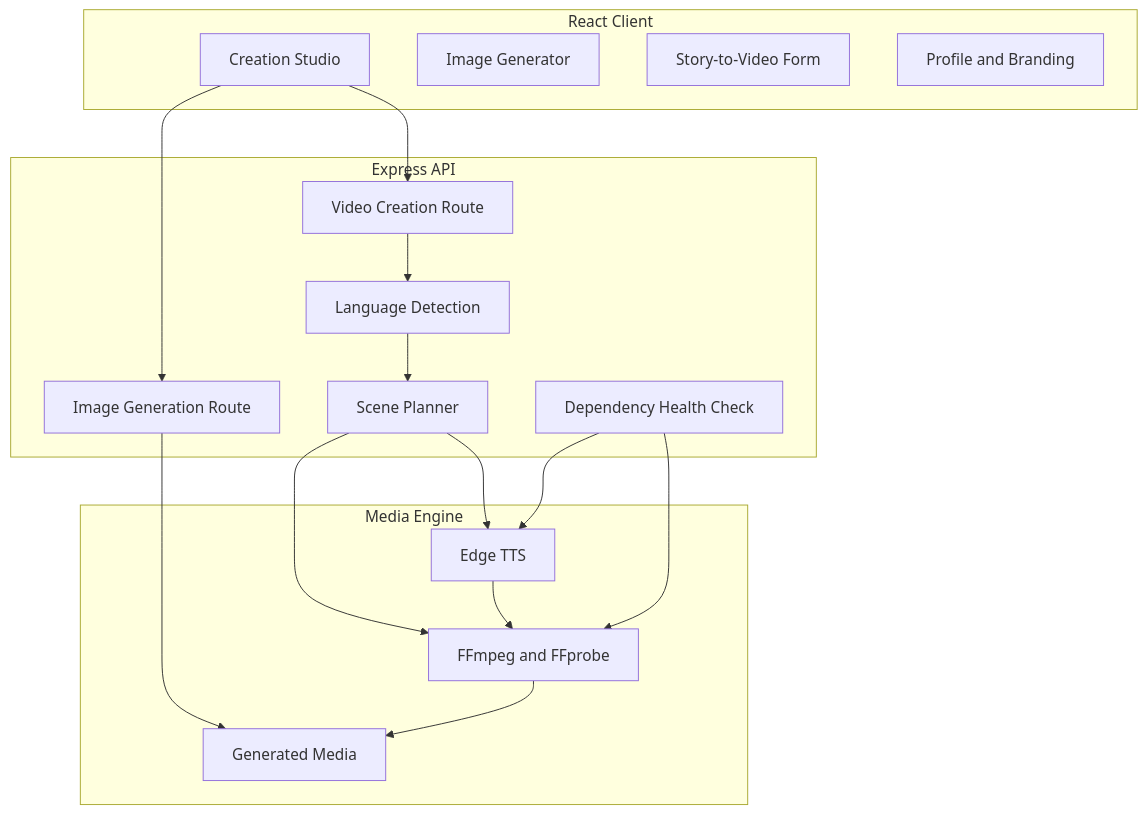
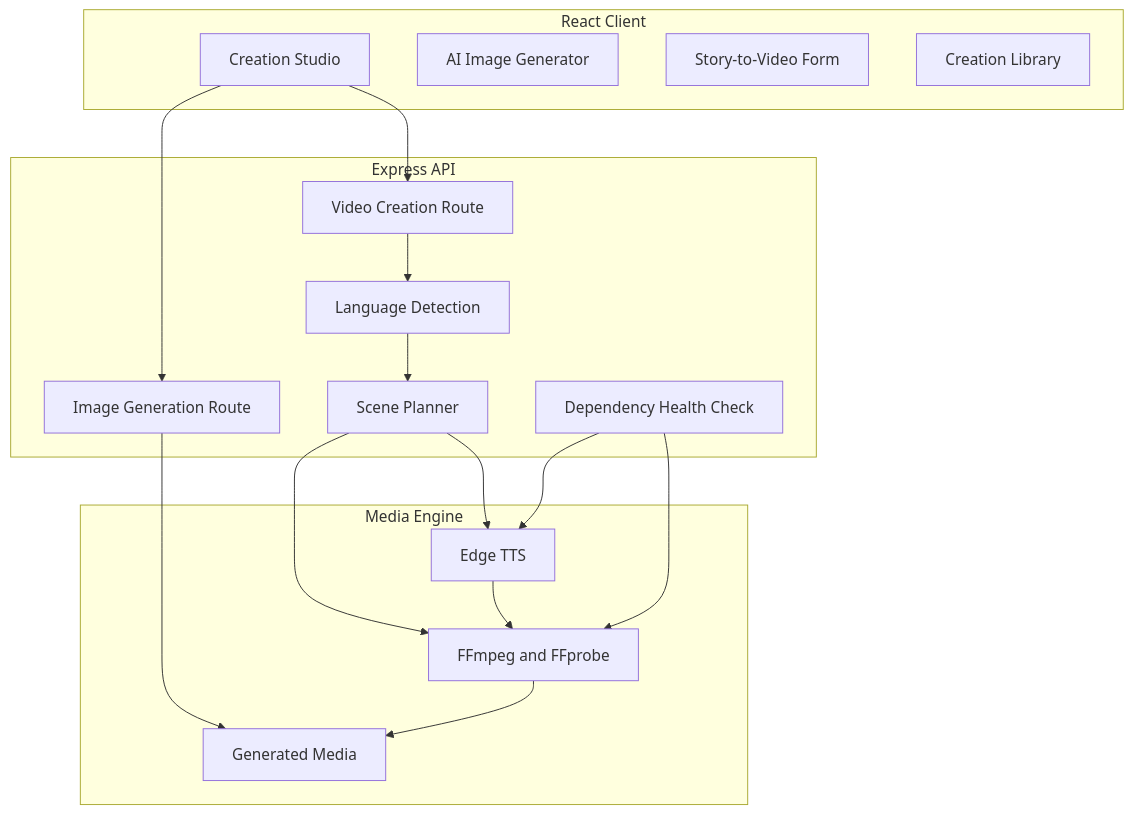
One commit to Vishal619-dubey/VisionCraft-AI changed the second of 2 diagrams in README.md. Above: the diagram before and after it, drawn with Mermaid. The commit also changed other lines of this file, not shown here.

````diff
--- a/README.md
+++ b/README.md
@@ -104,35 +144,35 @@
 ```mermaid
 flowchart TB
     subgraph Client[React Client]
         UI[Creation Studio]
-        IMG[Image Generator]
+        IMG[AI Image Generator]
         SHORTS[Story-to-Video Form]
-        PROFILE[Profile and Branding]
+        LIBRARY[Creation Library]
     end
 
     subgraph API[Express API]
         HEALTH[Dependency Health Check]
         IMAGE[Image Generation Route]
         VIDEO[Video Creation Route]
         LANG[Language Detection]
         SCENES[Scene Planner]
     end
 
     subgraph Media[Media Engine]
         TTS[Edge TTS]
         FFMPEG[FFmpeg and FFprobe]
         FILES[Generated Media]
     end
 
     UI --> IMAGE
     UI --> VIDEO
     IMAGE --> FILES
     VIDEO --> LANG
     LANG --> SCENES
     SCENES --> TTS
     SCENES --> FFMPEG
     TTS --> FFMPEG
     FFMPEG --> FILES
     HEALTH --> TTS
     HEALTH --> FFMPEG
 ```
````
